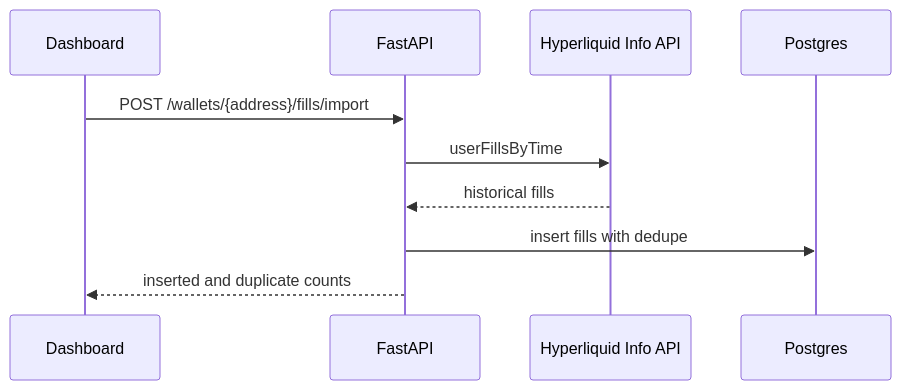
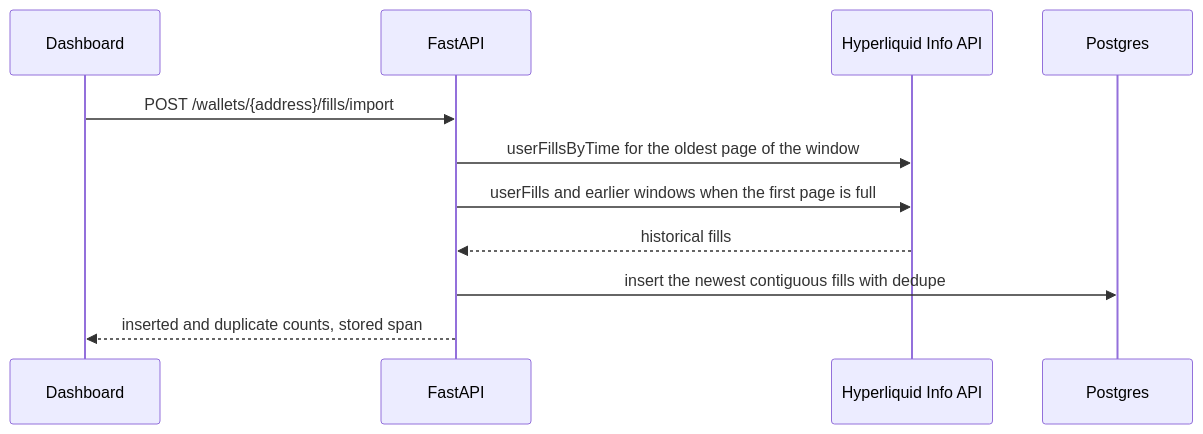
Before and after one commit to DrottPoker/copytrading-agent: the second of 10 diagrams in docs/architecture.md, drawn with Mermaid. The commit also changed other lines of this file and 14 other files, not shown here.

First line of the commit message:
Keep a wallet's newest fills when imports hit the page limit

````diff
--- a/docs/architecture.md
+++ b/docs/architecture.md
@@ -686,13 +686,14 @@
 ```mermaid
 sequenceDiagram
   participant UI as Dashboard
   participant API as FastAPI
   participant HL as Hyperliquid Info API
   participant DB as Postgres
 
   UI->>API: POST /wallets/{address}/fills/import
-  API->>HL: userFillsByTime
+  API->>HL: userFillsByTime for the oldest page of the window
+  API->>HL: userFills and earlier windows when the first page is full
   HL-->>API: historical fills
-  API->>DB: insert fills with dedupe
-  API-->>UI: inserted and duplicate counts
+  API->>DB: insert the newest contiguous fills with dedupe
+  API-->>UI: inserted and duplicate counts, stored span
 ```
````
